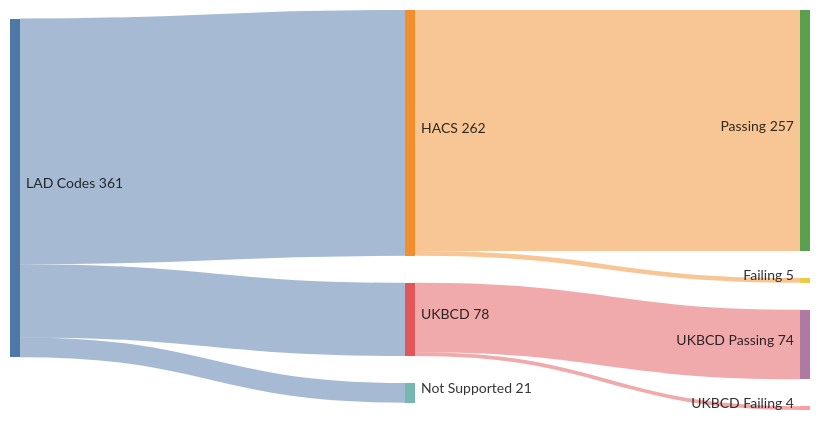
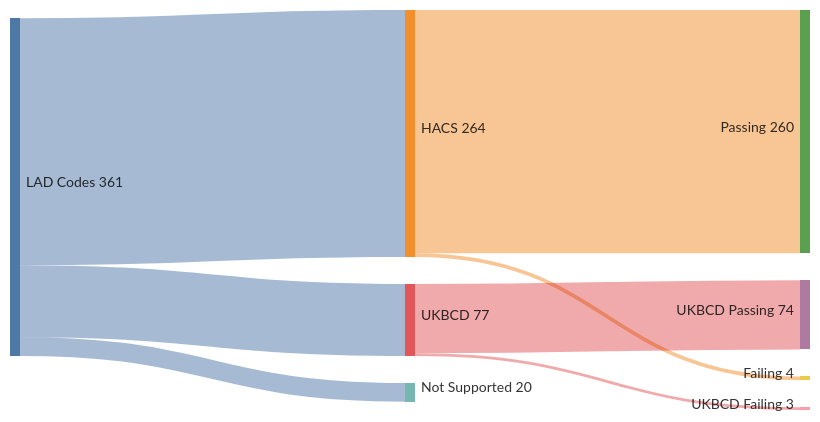
Before and after one commit to cmbsteinberg/bins: the diagram in README.md, drawn with Mermaid. The commit also changed 11 other files, not shown here.

````diff
--- a/README.md
+++ b/README.md
@@ -11,21 +11,21 @@
 ```mermaid
 ---
 config:
   sankey:
     width: 800
     height: 400
     linkColor: source
     nodeAlignment: left
 ---
 sankey-beta
 
-"LAD Codes","HACS",262
-"LAD Codes","UKBCD",78
-"LAD Codes","Not Supported",21
+"LAD Codes","HACS",264
+"LAD Codes","UKBCD",77
+"LAD Codes","Not Supported",20
 
-"HACS","Passing",257
-"HACS","Failing",5
+"HACS","Passing",260
+"HACS","Failing",4
 
 "UKBCD","UKBCD Passing",74
-"UKBCD","UKBCD Failing",4
+"UKBCD","UKBCD Failing",3
 ```
````
